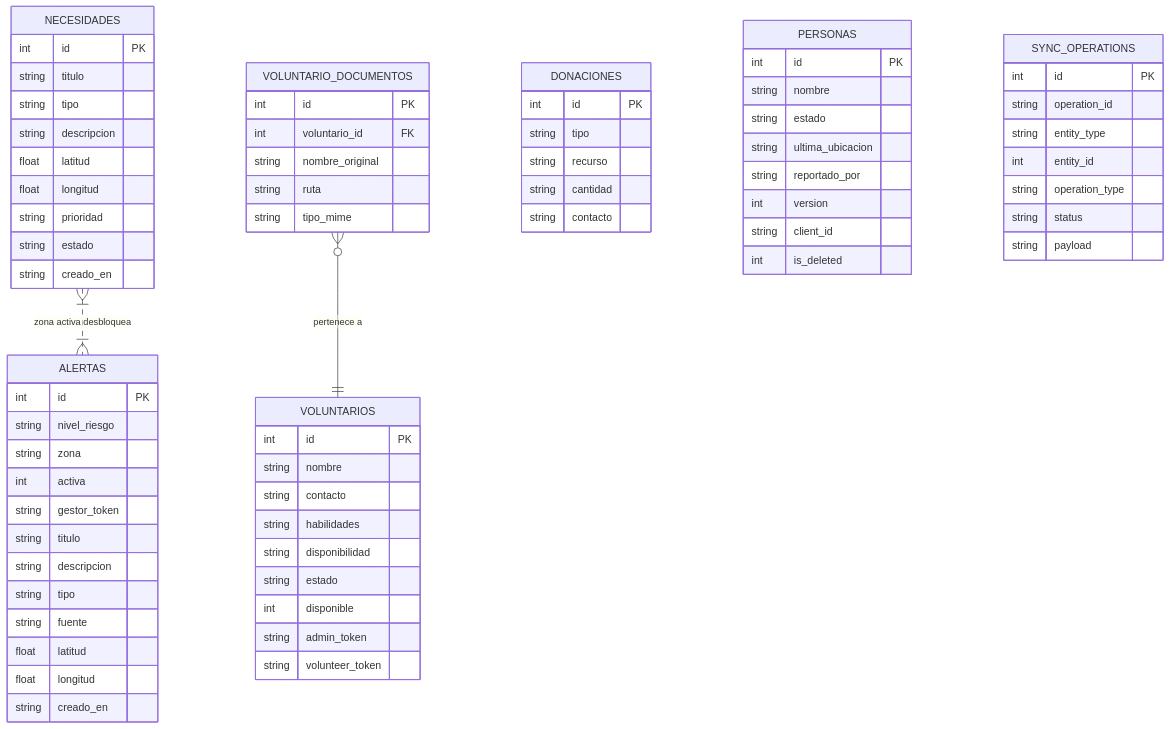
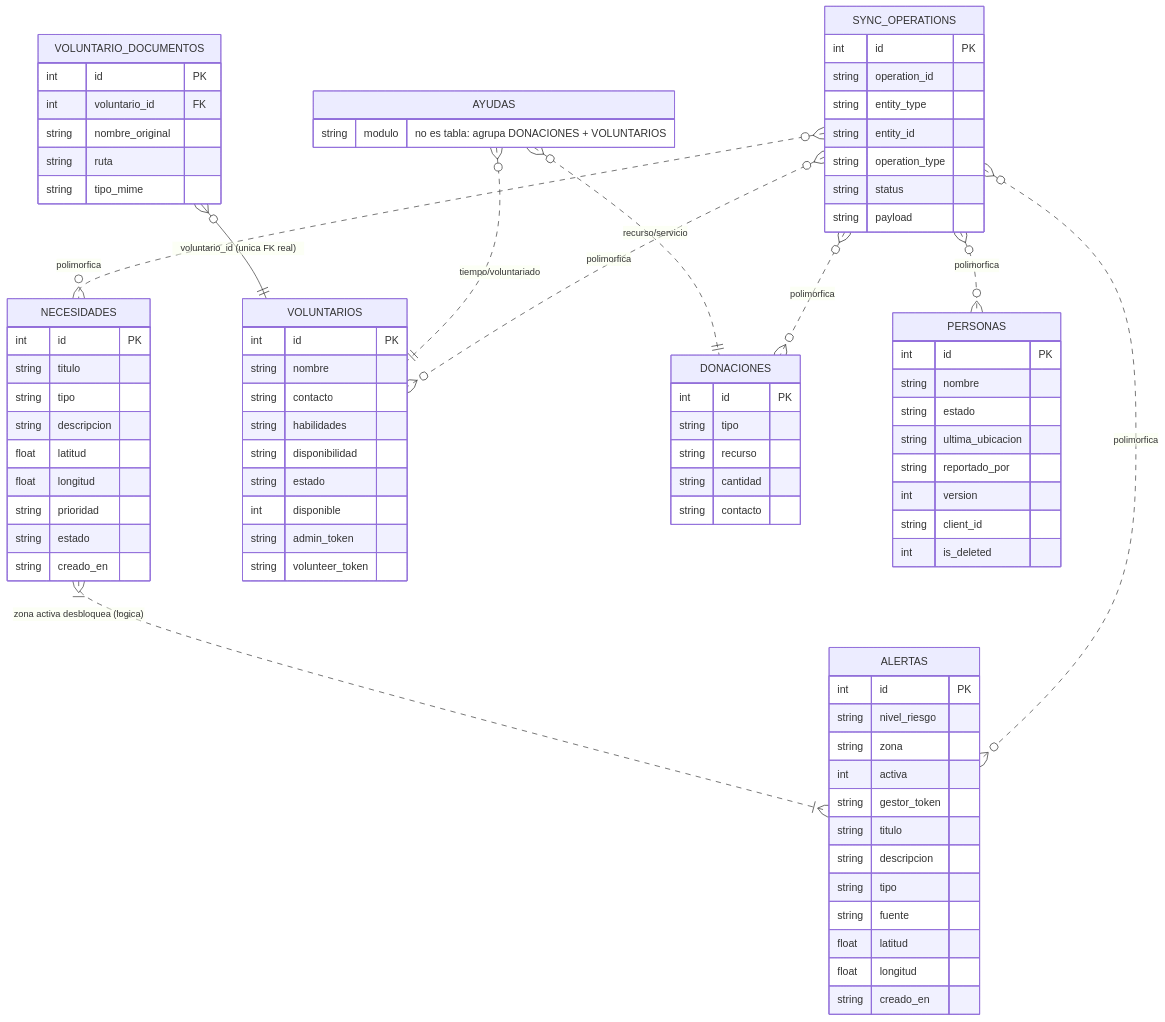
Before and after one commit to adrianaarang/Nexo: the diagram in docs/modelo-entidad-relacion.md, drawn with Mermaid. The commit also changed other lines of this file and 2 other files, not shown here.

Commit message:
docs: corregir relaciones ER (1 FK real) y regenerar svg/png

````diff
--- a/docs/modelo-entidad-relacion.md
+++ b/docs/modelo-entidad-relacion.md
@@ -135,12 +147,22 @@
         int id PK
         string operation_id
         string entity_type
-        int entity_id
+        string entity_id
         string operation_type
         string status
         string payload
     }
+    AYUDAS {
+        string modulo "no es tabla: agrupa DONACIONES + VOLUNTARIOS"
+    }
 
-    VOLUNTARIO_DOCUMENTOS }o--|| VOLUNTARIOS : "pertenece a"
-    NECESIDADES }|..|{ ALERTAS : "zona activa desbloquea"
+    VOLUNTARIO_DOCUMENTOS }o--|| VOLUNTARIOS : "voluntario_id (unica FK real)"
+    AYUDAS }o..|| DONACIONES : "recurso/servicio"
+    AYUDAS }o..|| VOLUNTARIOS : "tiempo/voluntariado"
+    NECESIDADES }|..|{ ALERTAS : "zona activa desbloquea (logica)"
+    SYNC_OPERATIONS }o..o{ NECESIDADES : "polimorfica"
+    SYNC_OPERATIONS }o..o{ VOLUNTARIOS : "polimorfica"
+    SYNC_OPERATIONS }o..o{ DONACIONES : "polimorfica"
+    SYNC_OPERATIONS }o..o{ ALERTAS : "polimorfica"
+    SYNC_OPERATIONS }o..o{ PERSONAS : "polimorfica"
 ```
````
